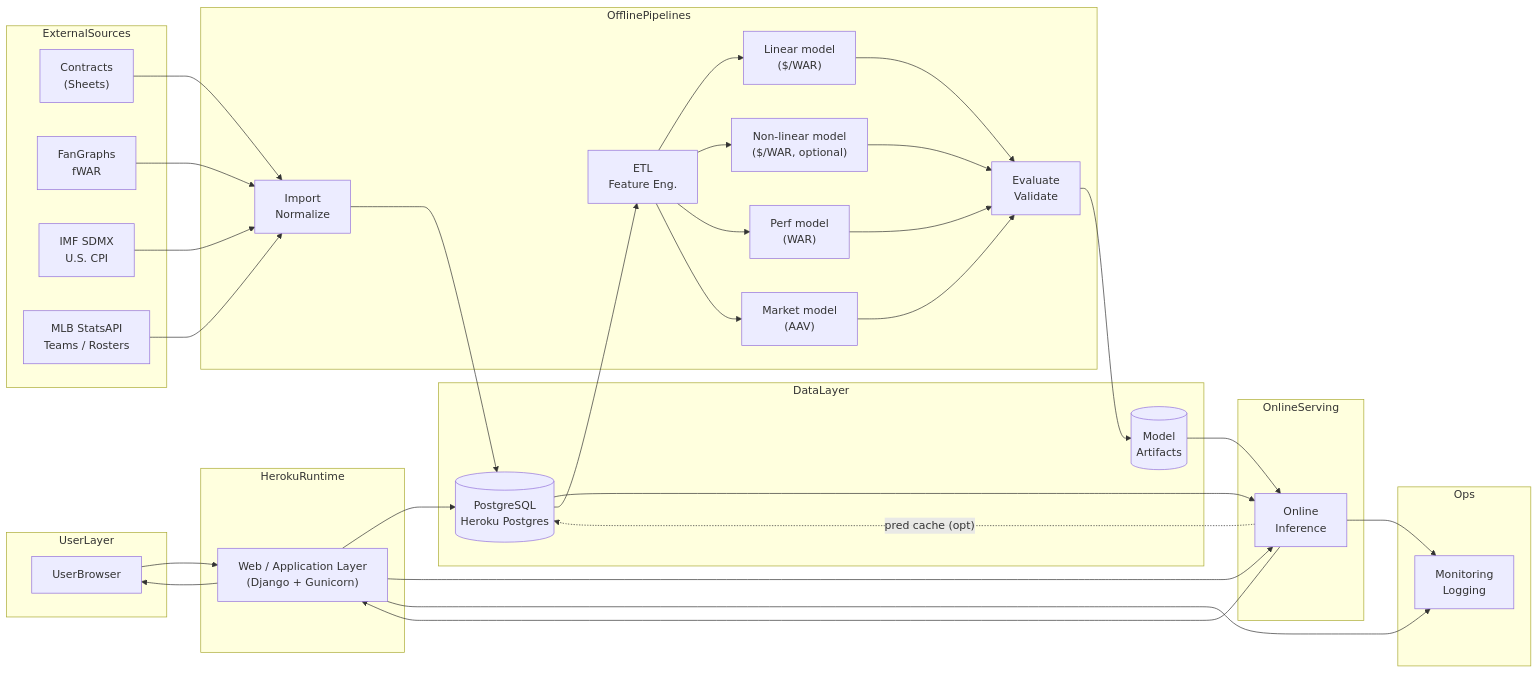
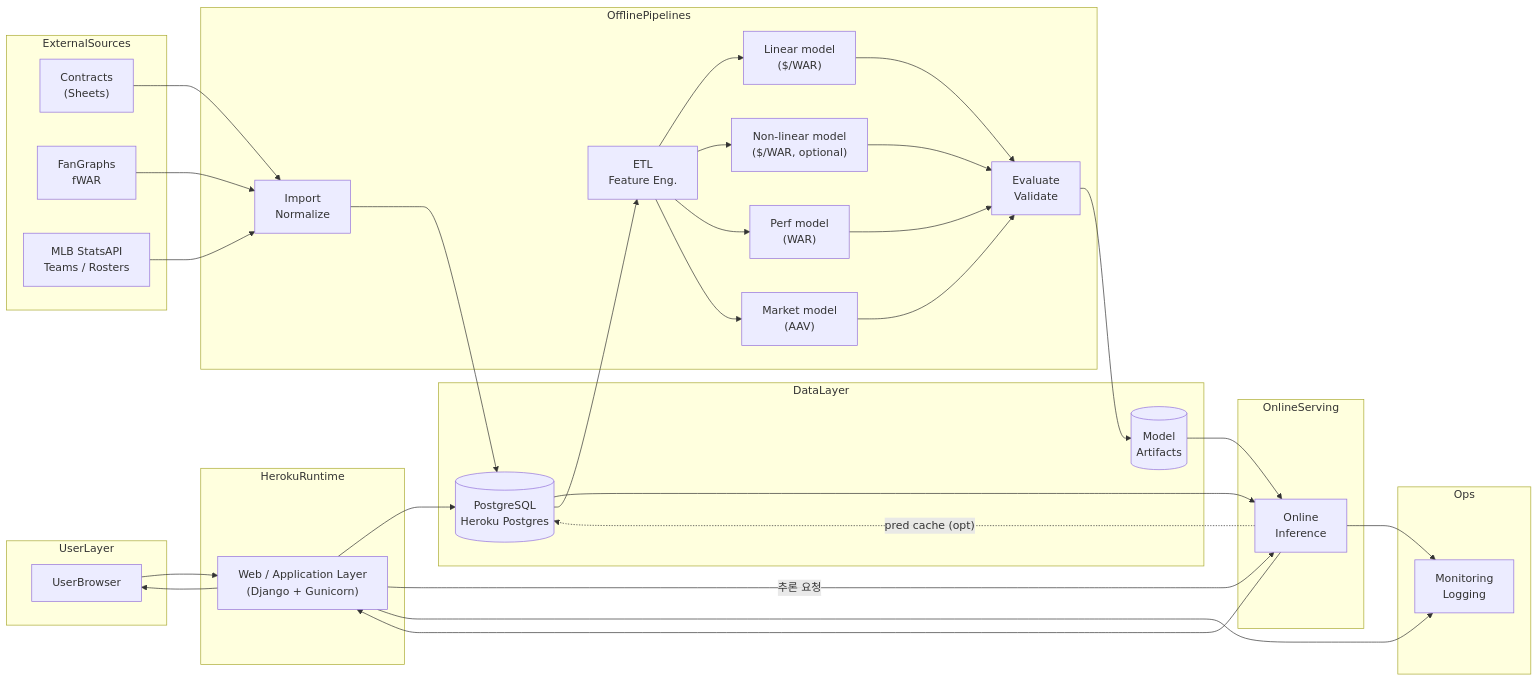
One commit to yechuk/backend changed the third of 9 diagrams in ARCHITECTURE_TOBE.md. Above: the diagram before and after it, drawn with Mermaid. The commit also changed other lines of this file and 910 other files, not shown here.

````diff
--- a/ARCHITECTURE_TOBE.md
+++ b/ARCHITECTURE_TOBE.md
@@ -40,72 +112,70 @@
 ```mermaid
 flowchart LR
     subgraph userLayer [UserLayer]
         User[UserBrowser]
     end
 
     subgraph heroku [HerokuRuntime]
         Web["Web / Application Layer<br/>(Django + Gunicorn)"]
     end
 
     subgraph dataLayer [DataLayer]
         Postgres[(PostgreSQL<br/>Heroku Postgres)]
         Artifacts[(Model<br/>Artifacts)]
     end
 
     subgraph serving [OnlineServing]
         Inference["Online<br/>Inference"]
     end
 
     subgraph ops [Ops]
         Monitor["Monitoring<br/>Logging"]
     end
 
     subgraph offline [OfflinePipelines]
         Import["Import<br/>Normalize"]
         ETL["ETL<br/>Feature Eng."]
         LinearFit["Linear model<br/>($/WAR)"]
         NonLinearFit["Non-linear model<br/>($/WAR, optional)"]
         PerfTrain["Perf model<br/>(WAR)"]
         MarketTrain["Market model<br/>(AAV)"]
         Eval["Evaluate<br/>Validate"]
     end
 
     subgraph external [ExternalSources]
         ContractSrc["Contracts<br/>(Sheets)"]
         FGSrc["FanGraphs<br/>fWAR"]
-        CPISrc["IMF SDMX<br/>U.S. CPI"]
         MLBStats["MLB StatsAPI<br/>Teams / Rosters"]
     end
 
     User --> Web
     Web --> Postgres
-    Web --> Inference
+    Web -->|"추론 요청"| Inference
     Postgres --> Inference
     Artifacts --> Inference
     Inference --> Web
     Web --> User
 
     Inference -. "pred cache (opt)" .-> Postgres
 
     Web --> Monitor
     Inference --> Monitor
 
     ContractSrc --> Import
     FGSrc --> Import
-    CPISrc --> Import
     MLBStats --> Import
     Import --> Postgres
 
     Postgres --> ETL
 
     ETL --> LinearFit
     ETL --> NonLinearFit
     ETL --> PerfTrain
     ETL --> MarketTrain
 
     LinearFit --> Eval
     NonLinearFit --> Eval
     PerfTrain --> Eval
     MarketTrain --> Eval
     Eval --> Artifacts
 ```
````
